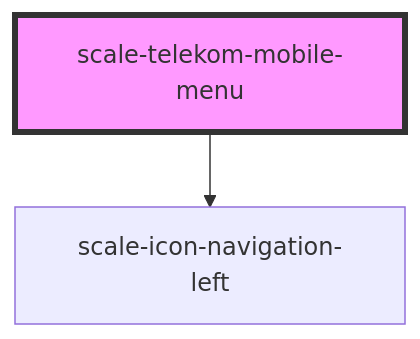
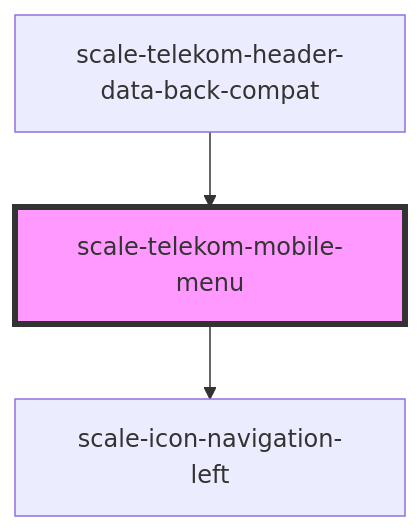
One commit to telekom/scale changed the diagram in packages/components/src/components/telekom/telekom-mobile-menu/readme.md. Above: the diagram before and after it, drawn with Mermaid. The commit also changed other lines of this file and 18 other files, not shown here.

Commit message:
feat(telekom-header): backward compatible data API

````diff
--- a/packages/components/src/components/telekom/telekom-mobile-menu/readme.md
+++ b/packages/components/src/components/telekom/telekom-mobile-menu/readme.md
@@ -42,5 +45,6 @@
 ```mermaid
 graph TD;
   scale-telekom-mobile-menu --> scale-icon-navigation-left
+  scale-telekom-header-data-back-compat --> scale-telekom-mobile-menu
   style scale-telekom-mobile-menu fill:#f9f,stroke:#333,stroke-width:4px
 ```
````
